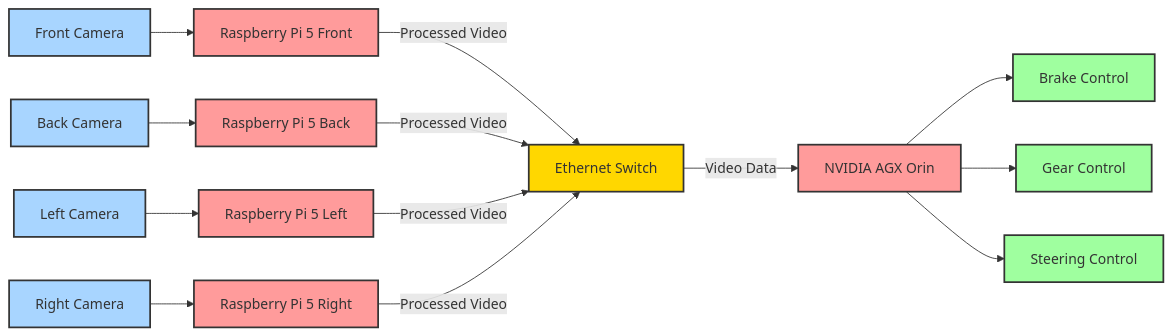
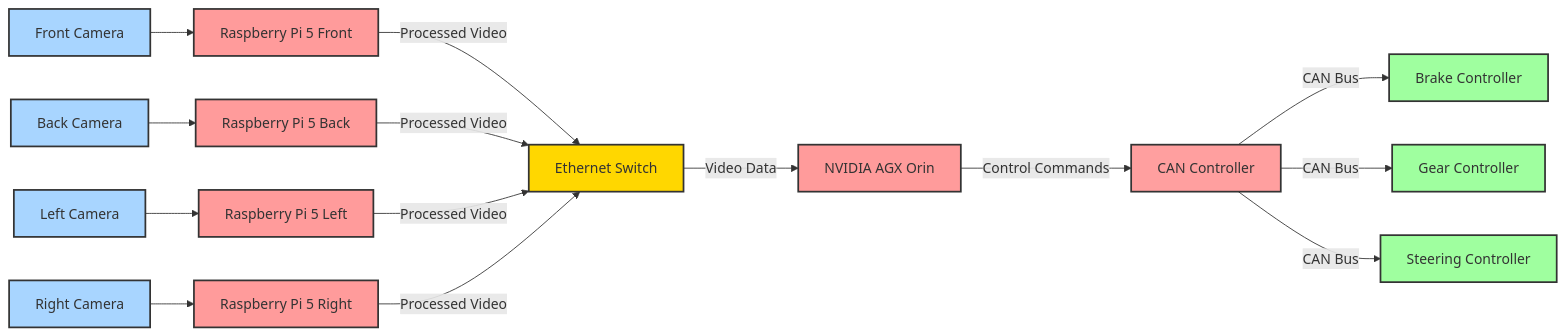
Before and after one commit to JaewooJoung/RVCE: the diagram in README.md, drawn with Mermaid.

````diff
--- a/README.md
+++ b/README.md
@@ -25,54 +25,60 @@
 ```mermaid
 graph LR
     %% Define Cameras and Raspberry Pis
     cam_front[Front Camera]
     cam_back[Back Camera]
     cam_left[Left Camera]
     cam_right[Right Camera]
     
     rpi_front[Raspberry Pi 5 Front]
     rpi_back[Raspberry Pi 5 Back]
     rpi_left[Raspberry Pi 5 Left]
     rpi_right[Raspberry Pi 5 Right]
     
     %% Define Network and Processing
     switch[Ethernet Switch]
     orin[NVIDIA AGX Orin]
     
-    %% Define Golf Cart Controls
-    brake[Brake Control]
-    gear[Gear Control]
-    steering[Steering Control]
+    %% Define CAN and Controls
+    can[CAN Controller]
+    brake[Brake Controller]
+    gear[Gear Controller]
+    steering[Steering Controller]
     
     %% Connect cameras to respective RPis
     cam_front --> rpi_front
     cam_back --> rpi_back
     cam_left --> rpi_left
     cam_right --> rpi_right
     
     %% Connect RPis to Ethernet Switch
     rpi_front --> |Processed Video| switch
     rpi_back --> |Processed Video| switch
     rpi_left --> |Processed Video| switch
     rpi_right --> |Processed Video| switch
     
     %% Connect Switch to Orin
     switch --> |Video Data| orin
     
-    %% Connect Orin to Golf Cart Controls
-    orin --> brake
-    orin --> gear
-    orin --> steering
+    %% Connect Orin to CAN Controller
+    orin --> |Control Commands| can
+    
+    %% Connect CAN to Controllers
+    can --> |CAN Bus| brake
+    can --> |CAN Bus| gear
+    can --> |CAN Bus| steering
     
     %% Add styles
     classDef sensor fill:#a8d5ff,stroke:#333,stroke-width:2px
     classDef processor fill:#ff9b9b,stroke:#333,stroke-width:2px
     classDef network fill:#ffd700,stroke:#333,stroke-width:2px
     classDef control fill:#9fff9f,stroke:#333,stroke-width:2px
+    classDef can fill:#ff9f9f,stroke:#333,stroke-width:2px
     
     %% Apply styles
     class cam_front,cam_back,cam_left,cam_right sensor
     class rpi_front,rpi_back,rpi_left,rpi_right,orin processor
     class switch network
     class brake,gear,steering control
+    class can can
 ```
````
